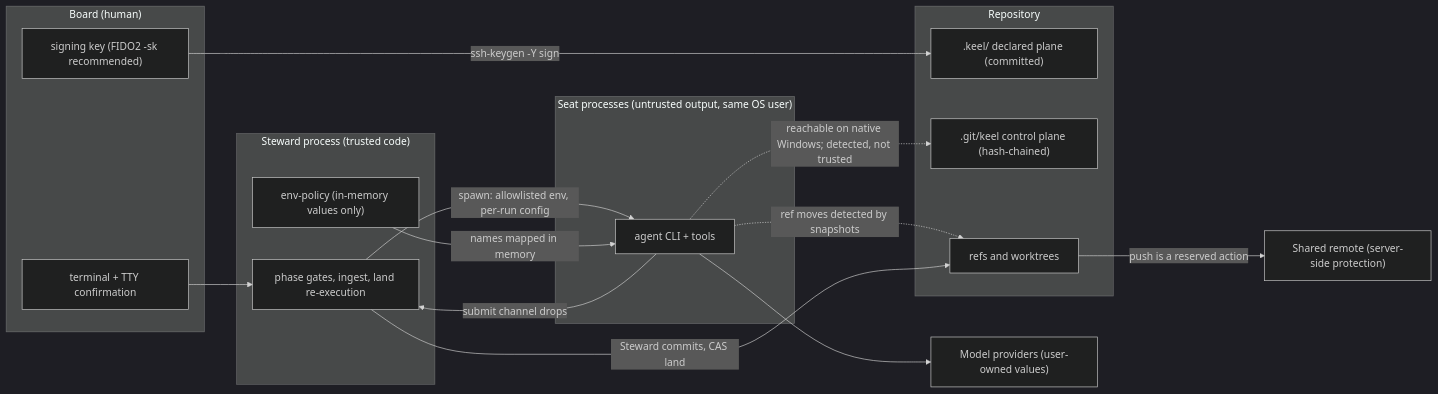
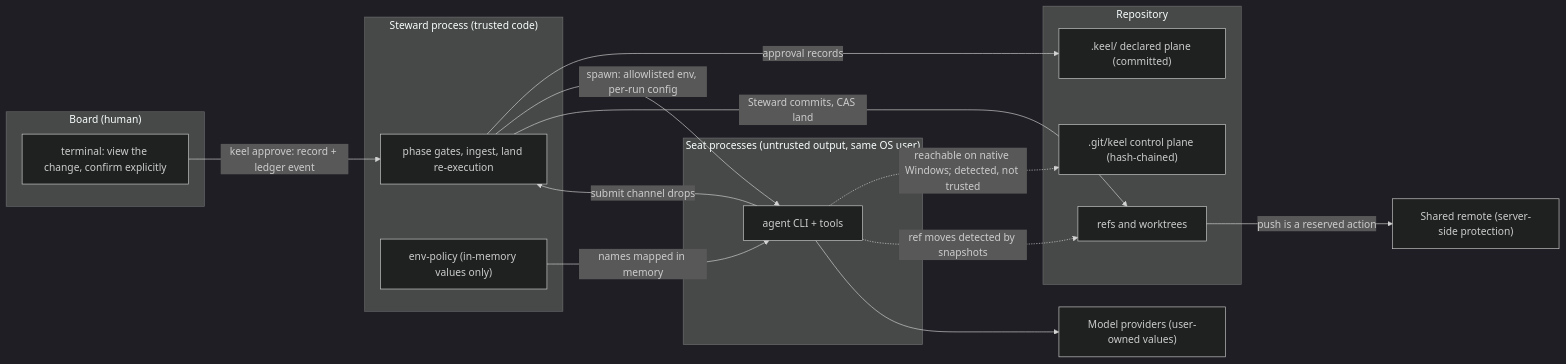
One commit to Qither/keel changed the first of 2 diagrams in docs/14-trust-security.md. Above: the diagram before and after it, drawn with Mermaid (dark theme). The commit also changed other lines of this file and 130 other files, not shown here.

````diff
--- a/docs/14-trust-security.md
+++ b/docs/14-trust-security.md
@@ -49,31 +52,30 @@
 ```mermaid
 flowchart LR
   subgraph human["Board (human)"]
-    tty["terminal + TTY confirmation"]
-    key["signing key (FIDO2 -sk recommended)"]
+    tty["terminal: view the change, confirm explicitly"]
   end
   subgraph steward["Steward process (trusted code)"]
     gates["phase gates, ingest, land re-execution"]
     envp["env-policy (in-memory values only)"]
   end
   subgraph seats["Seat processes (untrusted output, same OS user)"]
     cli["agent CLI + tools"]
   end
   subgraph repo["Repository"]
     declared[".keel/ declared plane (committed)"]
     cp[".git/keel control plane (hash-chained)"]
     refs["refs and worktrees"]
   end
   providers["Model providers (user-owned values)"]
   remote["Shared remote (server-side protection)"]
-  tty --> gates
-  key -->|"ssh-keygen -Y sign"| declared
+  tty -->|"keel approve: record + ledger event"| gates
+  gates -->|"approval records"| declared
   gates -->|"spawn: allowlisted env, per-run config"| cli
   cli -->|"submit channel drops"| gates
   cli -.->|"reachable on native Windows; detected, not trusted"| cp
   cli -.->|"ref moves detected by snapshots"| refs
   envp -->|"names mapped in memory"| cli
   cli --> providers
   gates -->|"Steward commits, CAS land"| refs
   refs -->|"push is a reserved action"| remote
 ```
````
